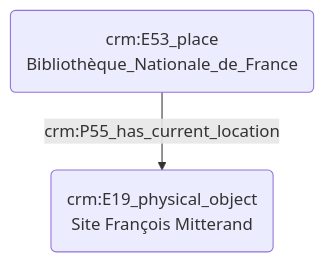
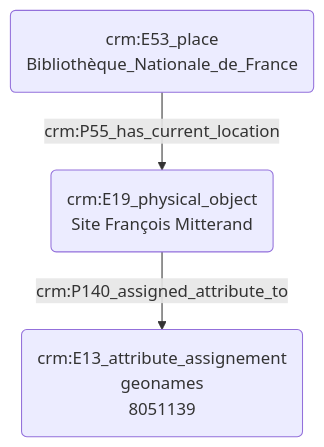
Before and after one commit to Amleth/consortium-musica2-gt2-ontologies: the diagram in modules/livrables/Dossier 2/Indexation conceptuelle/indexation_d_un_lieu.md, drawn with Mermaid.

````diff
--- a/modules/livrables/Dossier 2/Indexation conceptuelle/indexation_d_un_lieu.md
+++ b/modules/livrables/Dossier 2/Indexation conceptuelle/indexation_d_un_lieu.md
@@ -11,9 +11,10 @@
 ```mermaid
 graph TD;
 
 A(crm:E53_place<br>Bibliothèque_Nationale_de_France) --> |crm:P55_has_current_location| B(crm:E19_physical_object<br>Site François Mitterand)
+B(crm:E19_physical_object<br>Site François Mitterand) --> |crm:P140_assigned_attribute_to| C(crm:E13_attribute_assignement<br>geonames<br>8051139)
 
 
 
 
 ```
````
